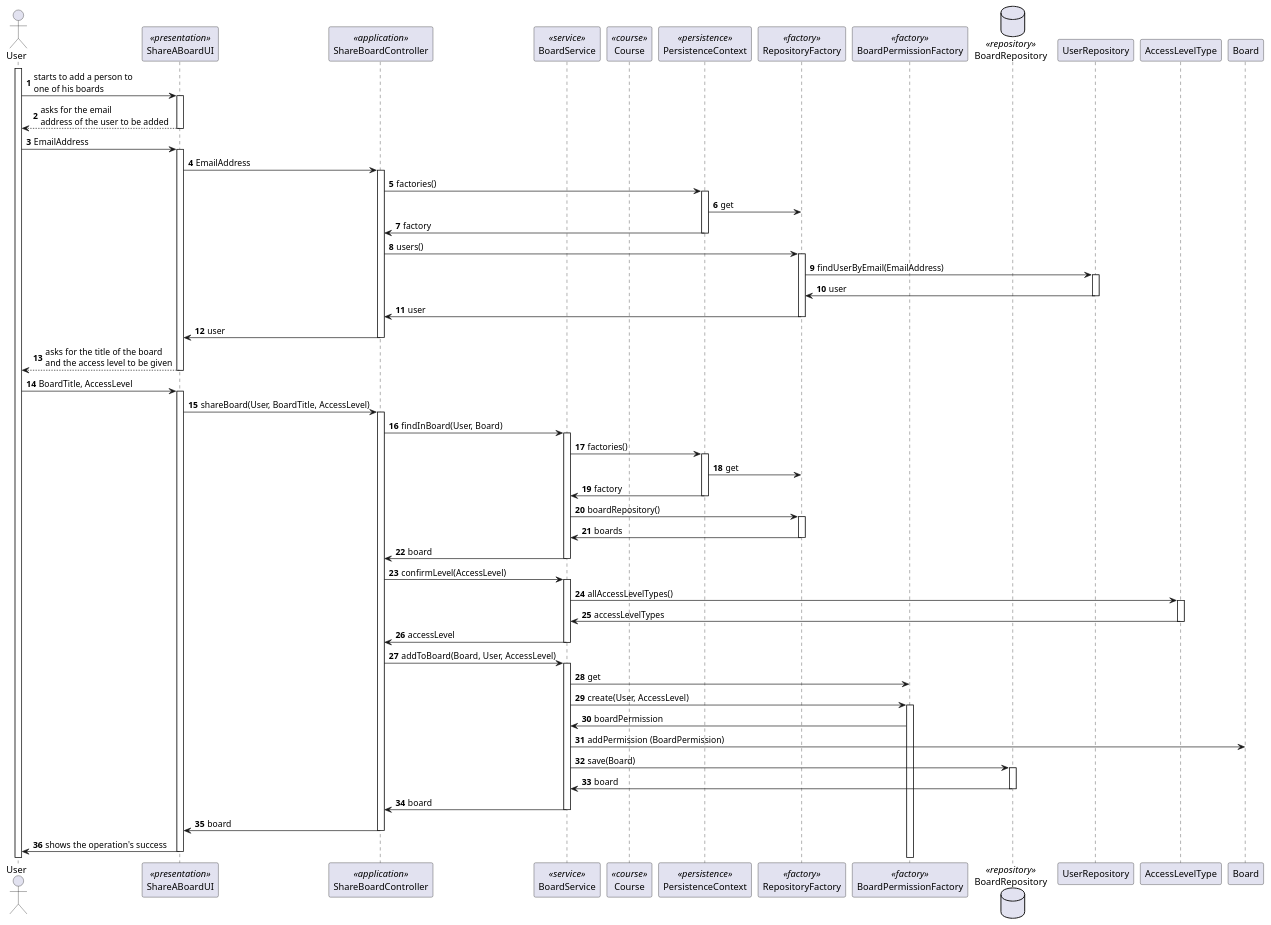
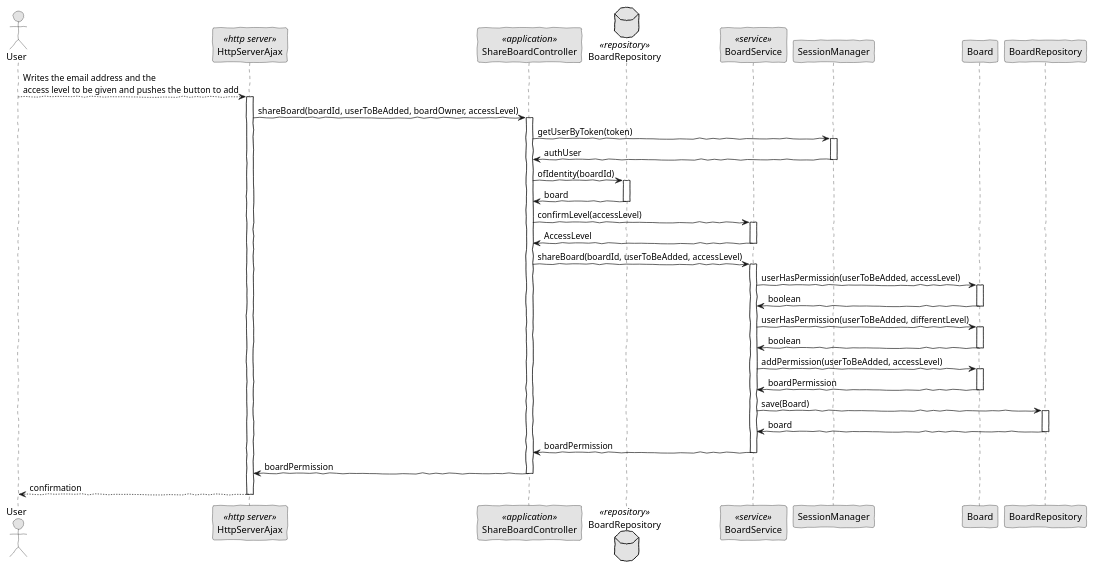
Before and after one commit to brunacosta03/sem4pi_22_23: the diagram in docs/SPRINT C/US_3004/SD/SD.puml, drawn with PlantUML. The commit also changed 8 other files, not shown here.

```diff
--- a/docs/SPRINT C/US_3004/SD/SD.puml
+++ b/docs/SPRINT C/US_3004/SD/SD.puml
@@ -1,152 +1,73 @@
 @startuml
+'http://plantuml.com/skinparam.html
+skinparam handwritten true
+skinparam monochrome true
+skinparam packageStyle rect
+skinparam defaultFontName FG Virgil
+skinparam shadowing false
 
-autonumber
+actor User as Actor
+participant HttpServerAjax as Server <<http server>>
+participant ShareBoardController as Controller <<application>>
+
+database BoardRepository as Repository <<repository>>
+participant BoardService as Service <<service>>
 
 
-actor User
-participant ShareABoardUI <<presentation>>
-participant ShareBoardController<<application>>
-participant BoardService<<service>>
-participant Course<<course>>
-participant PersistenceContext<<persistence>>
-participant RepositoryFactory<<factory>>
-participant BoardPermissionFactory<<factory>>
-database BoardRepository <<repository>>
+Actor --> Server: Writes the email address and the \naccess level to be given and pushes the button to add
+activate Server
 
-activate User
 
-User -> ShareABoardUI : starts to add a person to\none of his boards
 
-activate ShareABoardUI
 
-ShareABoardUI -->User : asks for the email\naddress of the user to be added
+    Server -> Controller: shareBoard(boardId, userToBeAdded, boardOwner, accessLevel)
 
-deactivate ShareABoardUI
+    activate Controller
 
-User -> ShareABoardUI : EmailAddress
+     Controller -> SessionManager: getUserByToken(token)
+        activate SessionManager
+        SessionManager -> Controller: authUser
+        deactivate SessionManager
 
-activate ShareABoardUI
+    Controller -> Repository: ofIdentity(boardId)
+    activate Repository
+    Repository -> Controller: board
+    deactivate Repository
 
-ShareABoardUI -> ShareBoardController : EmailAddress
+   Controller -> Service : confirmLevel(accessLevel)
+   activate Service
+   Service -> Controller : AccessLevel
+    deactivate Service
 
-activate ShareBoardController
+    Controller -> Service : shareBoard(boardId, userToBeAdded, accessLevel)
+activate Service
+Service -> Board : userHasPermission(userToBeAdded, accessLevel)
+activate Board
+Board -> Service : boolean
+deactivate Board
 
-ShareBoardController -> PersistenceContext : factories()
+Service -> Board : userHasPermission(userToBeAdded, differentLevel)
+activate Board
+Board -> Service : boolean
+deactivate Board
 
-activate PersistenceContext
+Service -> Board : addPermission(userToBeAdded, accessLevel)
+activate Board
+Board -> Service : boardPermission
+deactivate Board
 
-PersistenceContext -> RepositoryFactory : get
-
-PersistenceContext -> ShareBoardController : factory
-
-deactivate PersistenceContext
-
-ShareBoardController -> RepositoryFactory : users()
-
-activate RepositoryFactory
-
-RepositoryFactory -> UserRepository : findUserByEmail(EmailAddress)
-
-activate UserRepository
-
-UserRepository -> RepositoryFactory : user
-
-deactivate UserRepository
-
-RepositoryFactory -> ShareBoardController : user
-
-deactivate RepositoryFactory
-
-ShareBoardController -> ShareABoardUI : user
-
-deactivate ShareBoardController
-
-ShareABoardUI --> User : asks for the title of the board\nand the access level to be given
-
-deactivate ShareABoardUI
-
-User -> ShareABoardUI : BoardTitle, AccessLevel
-
-activate ShareABoardUI
-
-ShareABoardUI -> ShareBoardController : shareBoard(User, BoardTitle, AccessLevel)
-
-activate ShareBoardController
-
-ShareBoardController -> BoardService : findInBoard(User, Board)
-
-activate BoardService
-
-BoardService -> PersistenceContext : factories()
-
-activate PersistenceContext
-
-PersistenceContext -> RepositoryFactory : get
-
-PersistenceContext -> BoardService : factory
-
-deactivate PersistenceContext
-
-BoardService -> RepositoryFactory : boardRepository()
-
-activate RepositoryFactory
-
-RepositoryFactory -> BoardService : boards
-
-deactivate RepositoryFactory
-
-BoardService -> ShareBoardController : board
-
-deactivate BoardService
-
-ShareBoardController -> BoardService : confirmLevel(AccessLevel)
-
-activate BoardService
-
-BoardService -> AccessLevelType : allAccessLevelTypes()
-
-activate AccessLevelType
-
-AccessLevelType -> BoardService : accessLevelTypes
-
-deactivate AccessLevelType
-
-BoardService -> ShareBoardController : accessLevel
-
-deactivate BoardService
-
-ShareBoardController -> BoardService : addToBoard(Board, User, AccessLevel)
-
-activate BoardService
-
-BoardService -> BoardPermissionFactory : get
-
-BoardService -> BoardPermissionFactory : create(User, AccessLevel)
-
-activate BoardPermissionFactory
-
-BoardPermissionFactory -> BoardService : boardPermission
-
-BoardService -> Board : addPermission (BoardPermission)
-
-BoardService -> BoardRepository : save(Board)
-
+Service -> BoardRepository : save(Board)
 activate BoardRepository
-
-BoardRepository -> BoardService : board
-
+BoardRepository -> Service : board
 deactivate BoardRepository
 
-BoardService -> ShareBoardController : board
+Service -> Controller : boardPermission
+deactivate Service
 
-deactivate BoardService
+    Controller -> Server: boardPermission
+    deactivate Controller
 
-ShareBoardController -> ShareABoardUI : board
+    Server --> Actor: confirmation
 
-deactivate ShareBoardController
-
-ShareABoardUI -> User : shows the operation's success
-
-deactivate ShareABoardUI
-
+deactivate Server
 @enduml
```
